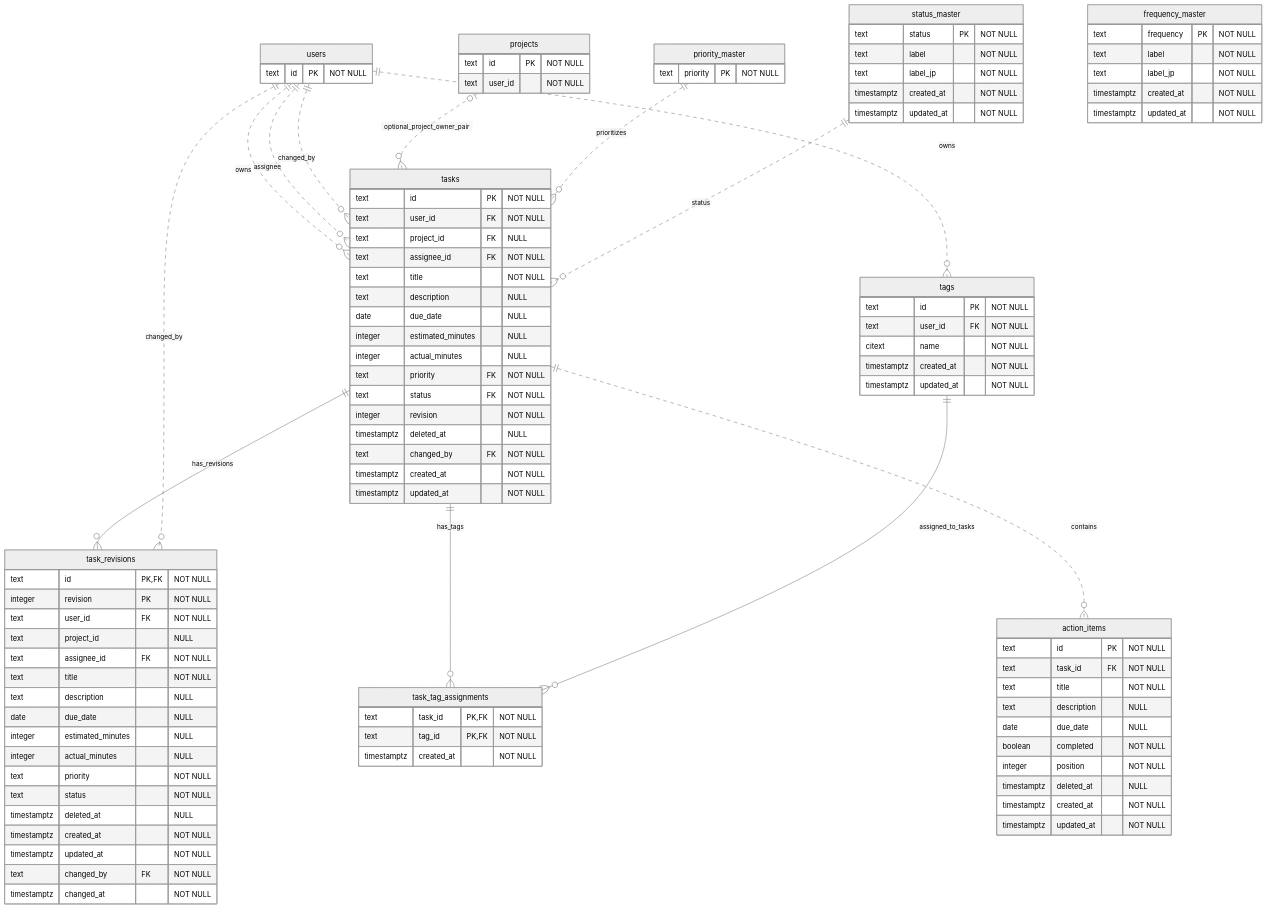
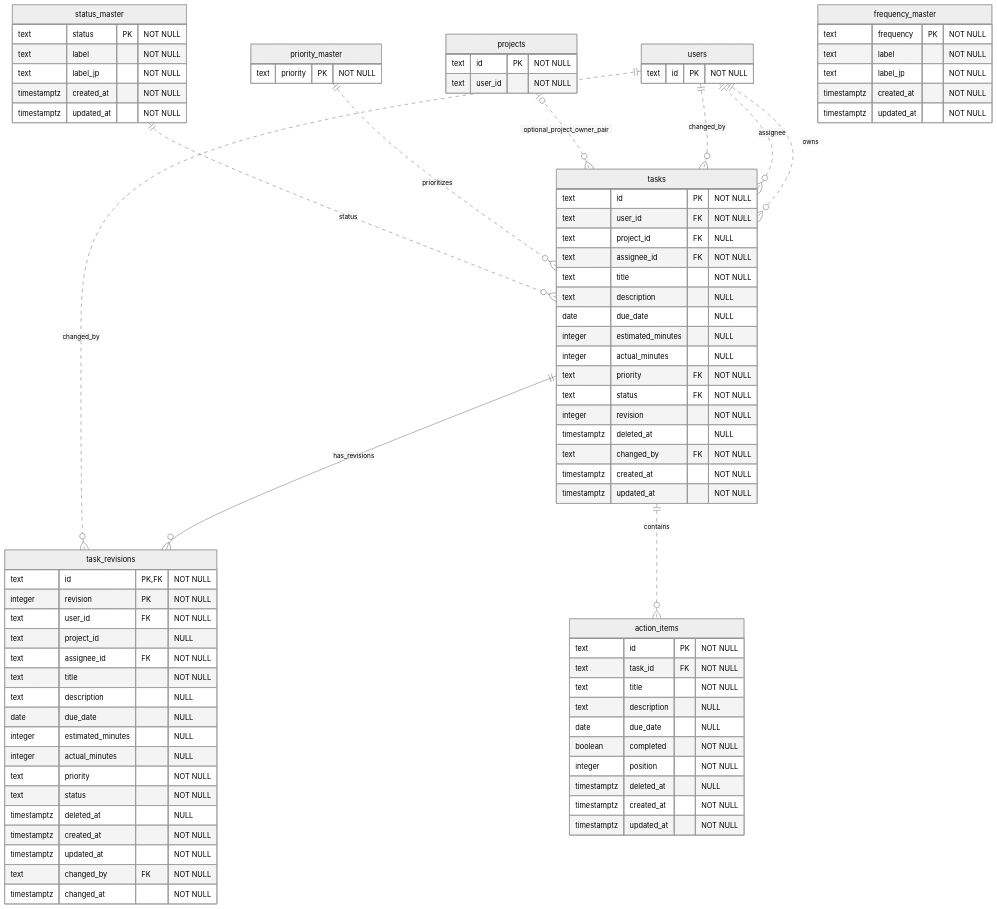
One commit to Najah7/task2todaytodo changed the diagram in backend/db/er/task.mmd. Above: the diagram before and after it, drawn with Mermaid (neutral theme). The commit also changed 82 other files, not shown here.

Commit message:
🔥 (backend/tags) delete tag feature

```diff
--- a/backend/db/er/task.mmd
+++ b/backend/db/er/task.mmd
@@ -1,112 +1,94 @@
 erDiagram
     %% External references: users, projects, priority_master, roles, and project_members.
     %% Composite FK: tasks(project_id, user_id) -> projects(id, user_id).
-    %% Composite unique key: tags(user_id, name).
 
     users {
         text id PK "NOT NULL"
     }
 
     projects {
         text id PK "NOT NULL"
         text user_id "NOT NULL"
     }
 
     priority_master {
         text priority PK "NOT NULL"
     }
 
     status_master {
         text status PK "NOT NULL"
         text label "NOT NULL"
         text label_jp "NOT NULL"
         timestamptz created_at "NOT NULL"
         timestamptz updated_at "NOT NULL"
     }
 
     frequency_master {
         text frequency PK "NOT NULL"
         text label "NOT NULL"
         text label_jp "NOT NULL"
         timestamptz created_at "NOT NULL"
         timestamptz updated_at "NOT NULL"
     }
 
     tasks {
         text id PK "NOT NULL"
         text user_id FK "NOT NULL"
         text project_id FK "NULL"
         text assignee_id FK "NOT NULL"
         text title "NOT NULL"
         text description "NULL"
         date due_date "NULL"
         integer estimated_minutes "NULL"
         integer actual_minutes "NULL"
         text priority FK "NOT NULL"
         text status FK "NOT NULL"
         integer revision "NOT NULL"
         timestamptz deleted_at "NULL"
         text changed_by FK "NOT NULL"
         timestamptz created_at "NOT NULL"
         timestamptz updated_at "NOT NULL"
     }
 
     task_revisions {
         text id PK, FK "NOT NULL"
         integer revision PK "NOT NULL"
         text user_id FK "NOT NULL"
         text project_id "NULL"
         text assignee_id FK "NOT NULL"
         text title "NOT NULL"
         text description "NULL"
         date due_date "NULL"
         integer estimated_minutes "NULL"
         integer actual_minutes "NULL"
         text priority "NOT NULL"
         text status "NOT NULL"
         timestamptz deleted_at "NULL"
         timestamptz created_at "NOT NULL"
         timestamptz updated_at "NOT NULL"
         text changed_by FK "NOT NULL"
         timestamptz changed_at "NOT NULL"
     }
 
-    tags {
-        text id PK "NOT NULL"
-        text user_id FK "NOT NULL"
-        citext name "NOT NULL"
-        timestamptz created_at "NOT NULL"
-        timestamptz updated_at "NOT NULL"
-    }
-
-    task_tag_assignments {
-        text task_id PK, FK "NOT NULL"
-        text tag_id PK, FK "NOT NULL"
-        timestamptz created_at "NOT NULL"
-    }
-
     action_items {
         text id PK "NOT NULL"
         text task_id FK "NOT NULL"
         text title "NOT NULL"
         text description "NULL"
         date due_date "NULL"
         boolean completed "NOT NULL"
         integer position "NOT NULL"
         timestamptz deleted_at "NULL"
         timestamptz created_at "NOT NULL"
         timestamptz updated_at "NOT NULL"
     }
 
     users ||..o{ tasks : owns
     users ||..o{ tasks : assignee
     users ||..o{ tasks : changed_by
     projects |o..o{ tasks : optional_project_owner_pair
     priority_master ||..o{ tasks : prioritizes
     status_master ||..o{ tasks : status
     tasks ||--o{ task_revisions : has_revisions
     users ||..o{ task_revisions : changed_by
-    users ||..o{ tags : owns
-    tasks ||--o{ task_tag_assignments : has_tags
-    tags ||--o{ task_tag_assignments : assigned_to_tasks
     tasks ||..o{ action_items : contains
```
